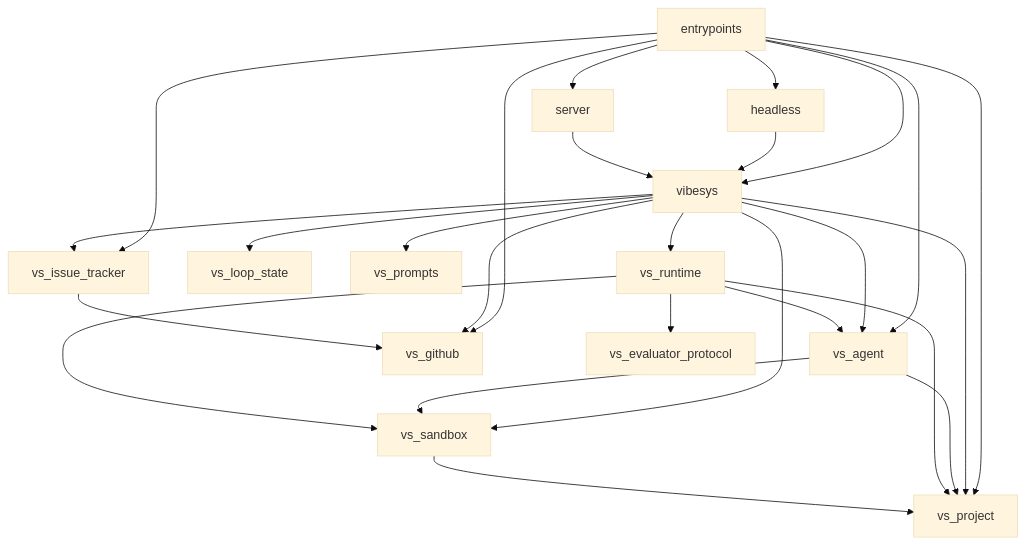
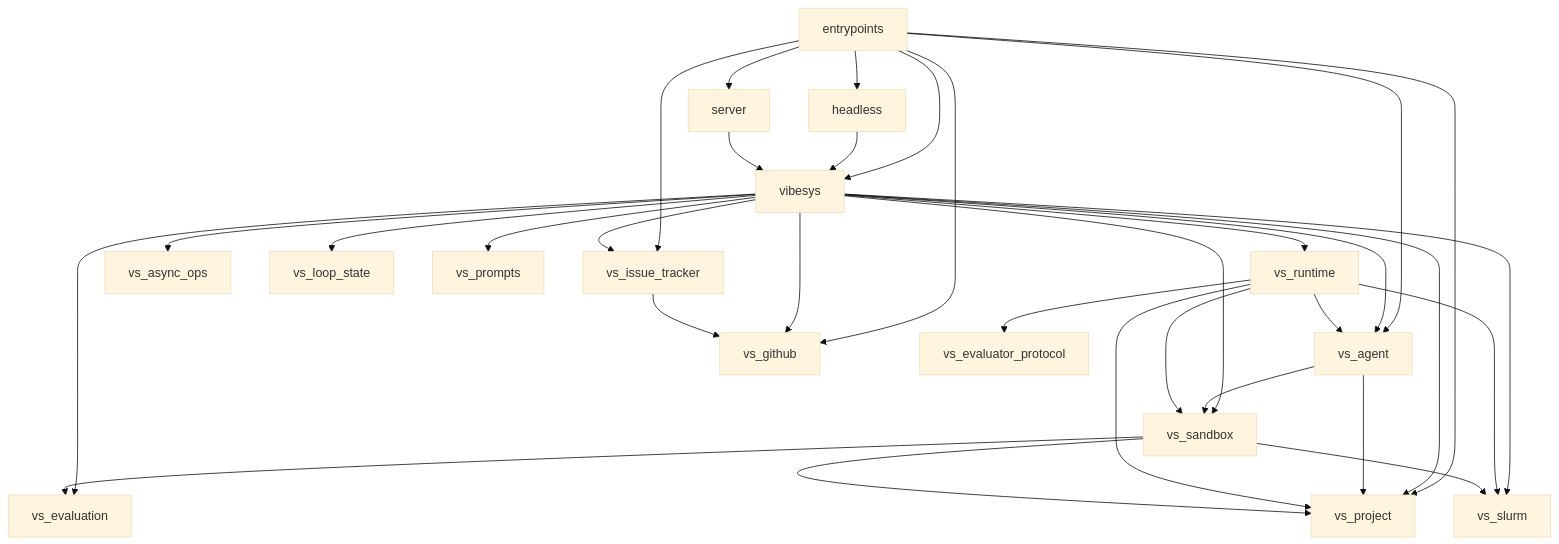
Before and after one commit to uw-syfi/vibesys: the first of 3 diagrams in docs/contributing/architecture.md, drawn with Mermaid (base theme). The commit also changed other lines of this file and 132 other files, not shown here.

````diff
--- a/docs/contributing/architecture.md
+++ b/docs/contributing/architecture.md
@@ -46,28 +46,34 @@
 ```mermaid
 graph TD
     entrypoints --> headless
     entrypoints --> server
     entrypoints --> vibesys
     entrypoints --> vs_agent
     entrypoints --> vs_github
     entrypoints --> vs_issue_tracker
     entrypoints --> vs_project
     headless --> vibesys
     server --> vibesys
     vibesys --> vs_agent
+    vibesys --> vs_async_ops
+    vibesys --> vs_evaluation
     vibesys --> vs_github
     vibesys --> vs_issue_tracker
     vibesys --> vs_loop_state
     vibesys --> vs_project
     vibesys --> vs_prompts
     vibesys --> vs_runtime
     vibesys --> vs_sandbox
+    vibesys --> vs_slurm
     vs_agent --> vs_project
     vs_agent --> vs_sandbox
     vs_issue_tracker --> vs_github
     vs_runtime --> vs_agent
     vs_runtime --> vs_evaluator_protocol
     vs_runtime --> vs_project
     vs_runtime --> vs_sandbox
+    vs_runtime --> vs_slurm
+    vs_sandbox --> vs_evaluation
     vs_sandbox --> vs_project
+    vs_sandbox --> vs_slurm
 ```
````
